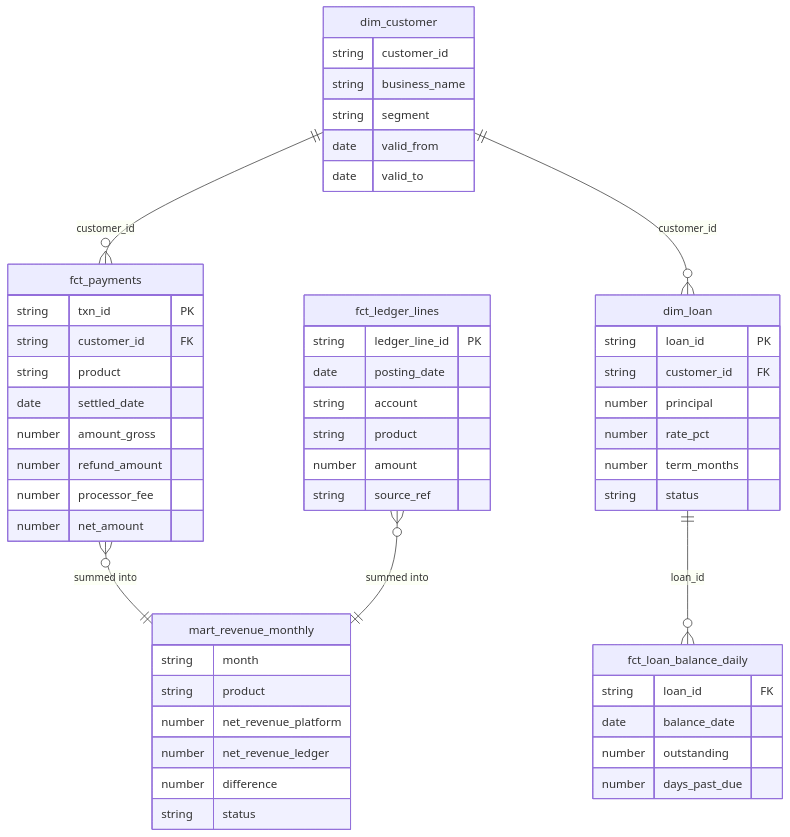
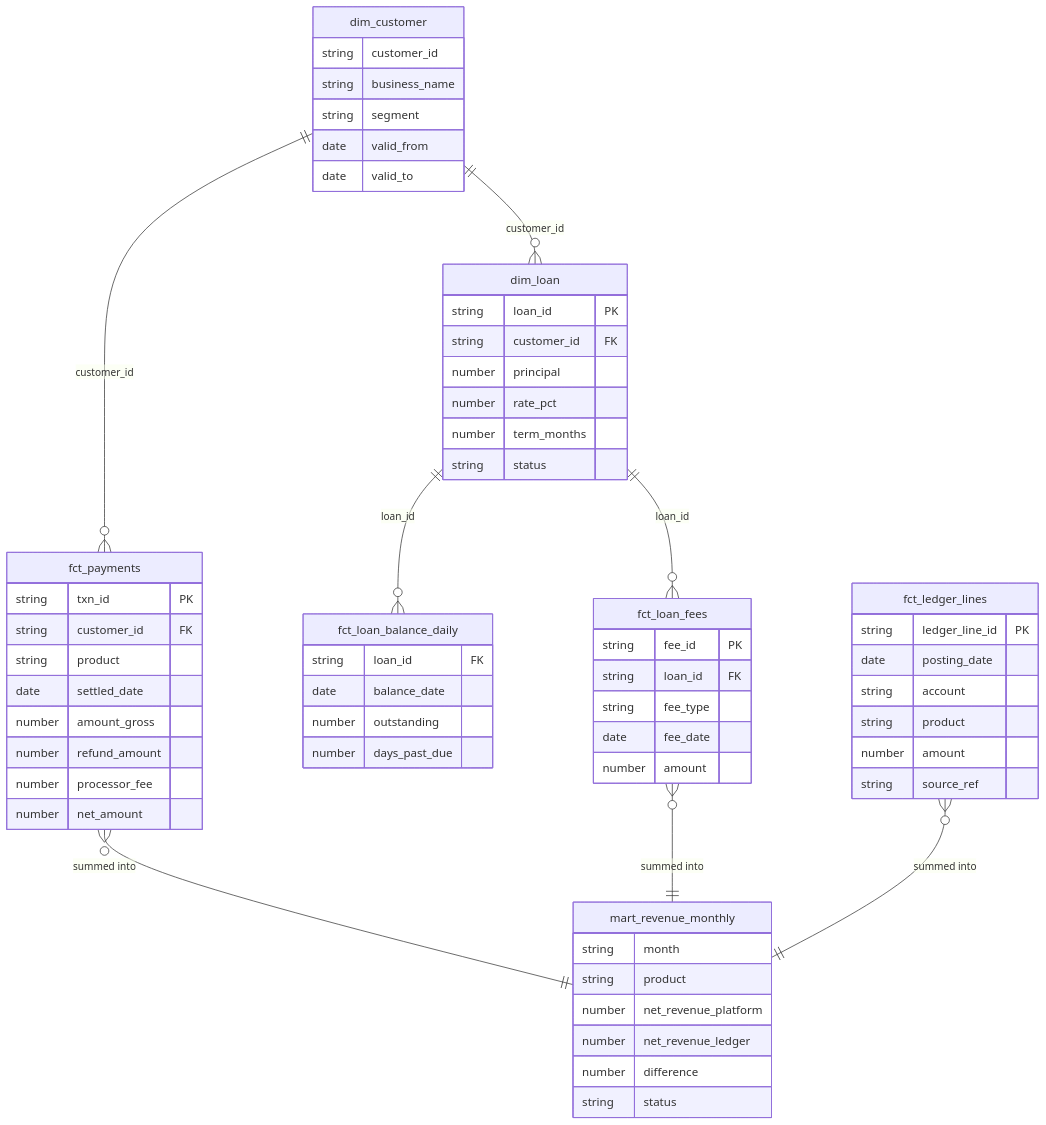
Before and after one commit to CapMushi/CloseThatCall: the second of 2 diagrams in project-stories/fintech/05-storage-warehouse-s3-snowflake.md, drawn with Mermaid. The commit also changed other lines of this file and 10 other files, not shown here.

````diff
--- a/project-stories/fintech/05-storage-warehouse-s3-snowflake.md
+++ b/project-stories/fintech/05-storage-warehouse-s3-snowflake.md
@@ -120,56 +142,65 @@
 ```mermaid
 erDiagram
     dim_customer ||--o{ fct_payments : "customer_id"
     dim_customer ||--o{ dim_loan : "customer_id"
     dim_loan ||--o{ fct_loan_balance_daily : "loan_id"
+    dim_loan ||--o{ fct_loan_fees : "loan_id"
     fct_payments }o--|| mart_revenue_monthly : "summed into"
+    fct_loan_fees }o--|| mart_revenue_monthly : "summed into"
     fct_ledger_lines }o--|| mart_revenue_monthly : "summed into"
 
     dim_customer {
         string customer_id
         string business_name
         string segment
         date valid_from
         date valid_to
     }
     fct_payments {
         string txn_id PK
         string customer_id FK
         string product
         date settled_date
         number amount_gross
         number refund_amount
         number processor_fee
         number net_amount
     }
     dim_loan {
         string loan_id PK
         string customer_id FK
         number principal
         number rate_pct
         number term_months
         string status
     }
     fct_loan_balance_daily {
         string loan_id FK
         date balance_date
         number outstanding
         number days_past_due
     }
+    fct_loan_fees {
+        string fee_id PK
+        string loan_id FK
+        string fee_type
+        date fee_date
+        number amount
+    }
     fct_ledger_lines {
         string ledger_line_id PK
         date posting_date
         string account
         string product
         number amount
         string source_ref
     }
     mart_revenue_monthly {
         string month
         string product
         number net_revenue_platform
         number net_revenue_ledger
         number difference
         string status
     }
 ```
````
